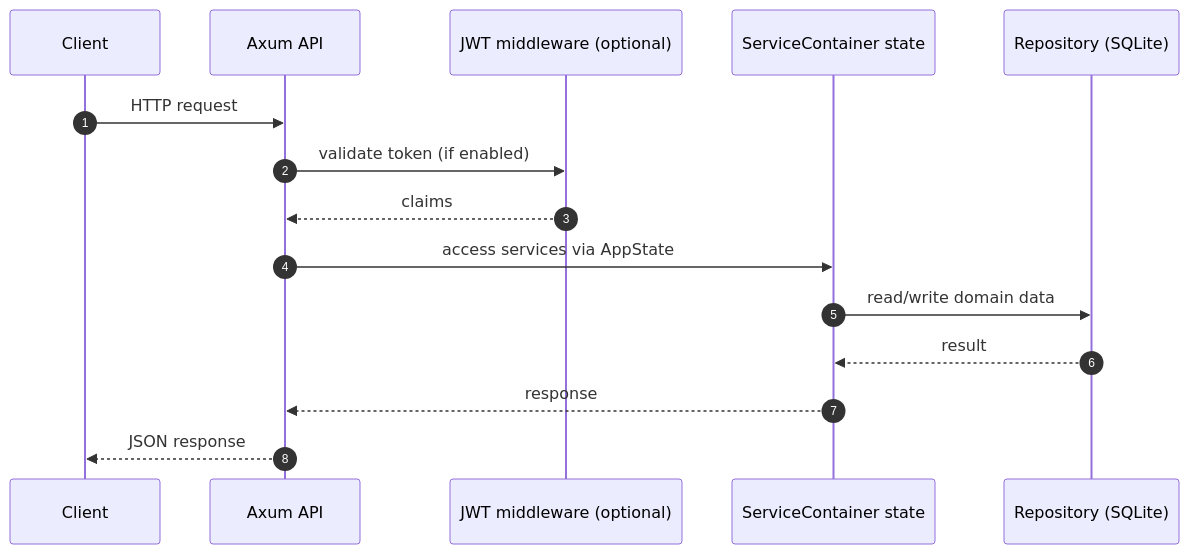
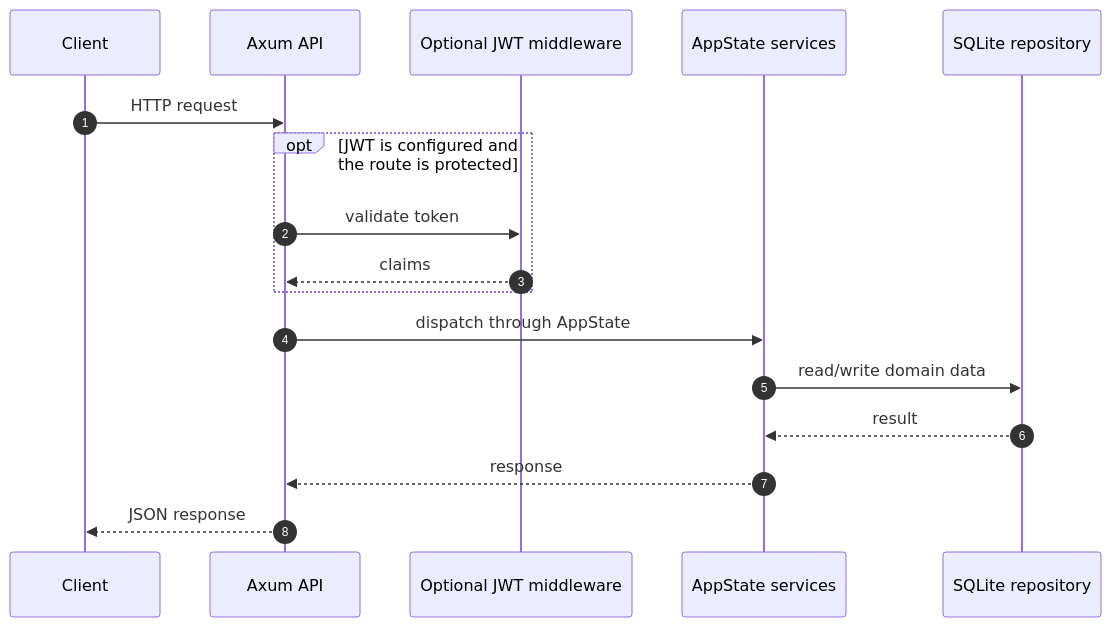
The third of 3 diagrams in rust-srec/docs/en/concepts/architecture.md (hua0512/rust-srec), drawn with Mermaid before and after one commit. The commit also changed other lines of this file and 1 other file, not shown here.

Commit message:
docs: correct architecture topology

````diff
--- a/rust-srec/docs/en/concepts/architecture.md
+++ b/rust-srec/docs/en/concepts/architecture.md
@@ -225,18 +266,20 @@
 ```mermaid
 sequenceDiagram
   autonumber
   participant C as Client
   participant A as Axum API
-  participant J as JWT middleware (optional)
-  participant S as ServiceContainer state
-  participant R as Repository (SQLite)
+  participant J as Optional JWT middleware
+  participant S as AppState services
+  participant R as SQLite repository
 
   C->>A: HTTP request
-  A->>J: validate token (if enabled)
-  J-->>A: claims
-  A->>S: access services via AppState
+  opt JWT is configured and the route is protected
+    A->>J: validate token
+    J-->>A: claims
+  end
+  A->>S: dispatch through AppState
   S->>R: read/write domain data
   R-->>S: result
   S-->>A: response
   A-->>C: JSON response
 ```
````
